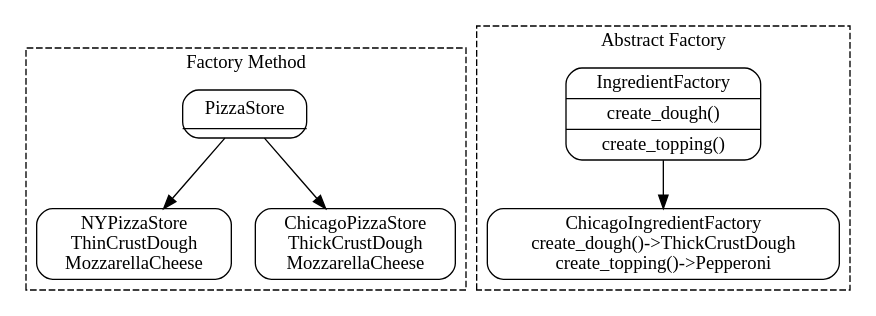
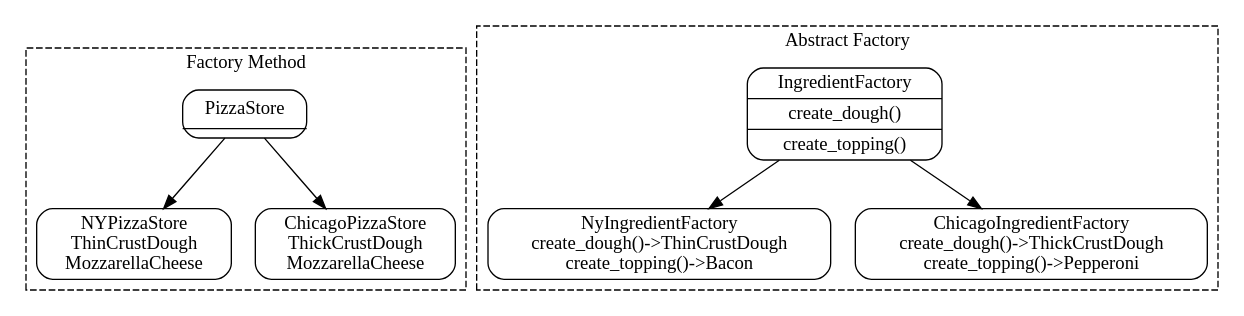
The diagram in docs/architecture.gv (errowdrigorena/pizza_factory), drawn with Graphviz before and after one commit. The commit also changed 2 other files, not shown here.

Commit message:
docs: add NY ingredient factory

```diff
--- a/docs/architecture.gv
+++ b/docs/architecture.gv
@@ -1,23 +1,25 @@
 digraph G {
     node [shape=box, style=rounded];
     rankdir=TB;
 
     subgraph cluster_factory_method {
         label="Factory Method";
         style=dashed;
         PizzaStore [shape=record, label="{PizzaStore|order(type): unique_ptr<Pizza>}"];
         NYPizzaStore [label="NYPizzaStore\nThinCrustDough\nMozzarellaCheese"];
         ChicagoPizzaStore [label="ChicagoPizzaStore\nThickCrustDough\nMozzarellaCheese"];
     }
 
     subgraph cluster_abstract_factory {
         label="Abstract Factory";
         style=dashed;
         IngredientFactory [shape=record, label="{IngredientFactory|create_dough()|create_topping()}"];
+        NyIngredientFactory [label="NyIngredientFactory\ncreate_dough()->ThinCrustDough\ncreate_topping()->Bacon"];
         ChicagoIngredientFactory [label="ChicagoIngredientFactory\ncreate_dough()->ThickCrustDough\ncreate_topping()->Pepperoni"];
     }
 
     PizzaStore -> NYPizzaStore;
     PizzaStore -> ChicagoPizzaStore;
+    IngredientFactory -> NyIngredientFactory;
     IngredientFactory -> ChicagoIngredientFactory;
 }
```
